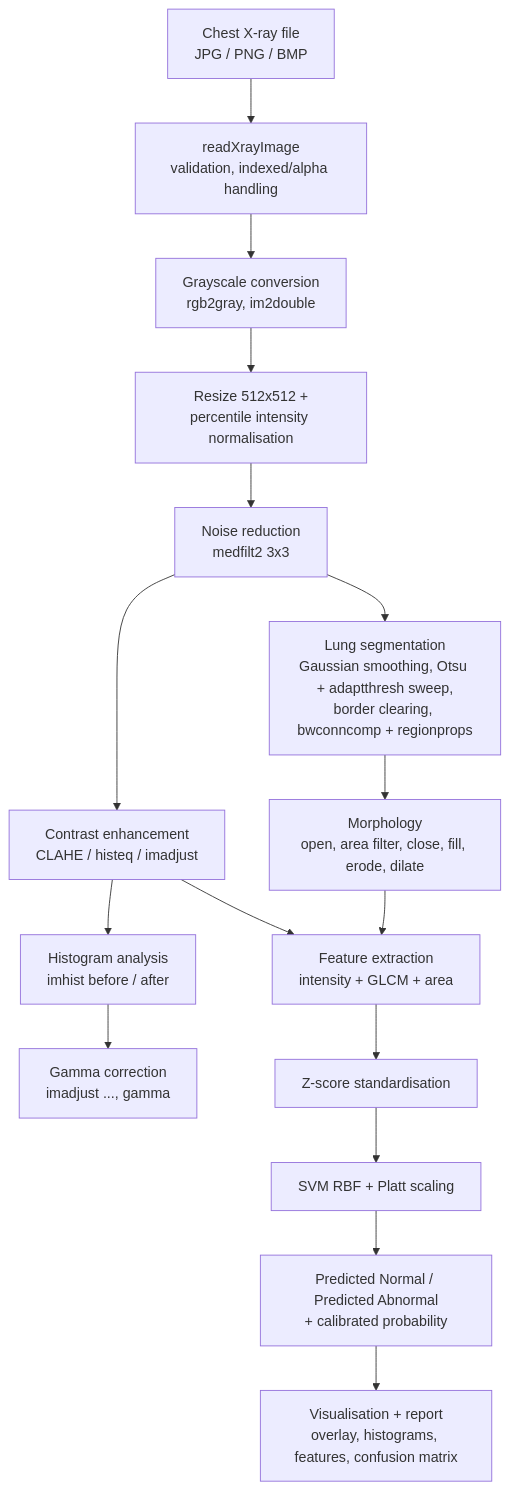
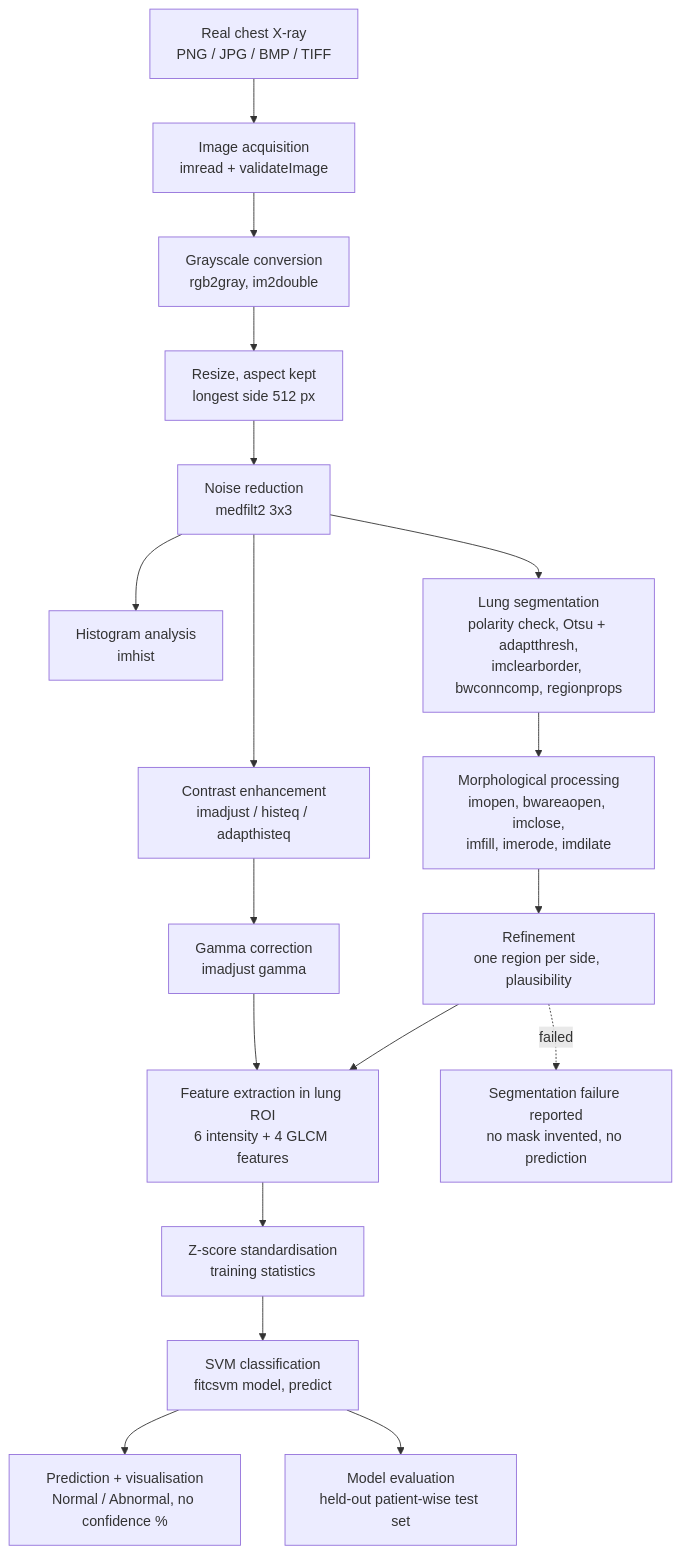
Before and after one commit to Rudra-471/MIP_PROJECT: the diagram in README.md, drawn with Mermaid. The commit also changed other lines of this file and 162 other files, not shown here.

First line of the commit message:
Rebuild as NIH ChestX-ray14 SVM pipeline with dark dashboard GUI

````diff
--- a/README.md
+++ b/README.md
@@ -221,18 +118,20 @@
 ```mermaid
 flowchart TD
-    A[Chest X-ray file<br/>JPG / PNG / BMP] --> B[readXrayImage<br/>validation, indexed/alpha handling]
+    A[Real chest X-ray<br/>PNG / JPG / BMP / TIFF] --> B[Image acquisition<br/>imread + validateImage]
     B --> C[Grayscale conversion<br/>rgb2gray, im2double]
-    C --> D[Resize 512x512 +<br/>percentile intensity normalisation]
+    C --> D[Resize, aspect kept<br/>longest side 512 px]
     D --> E[Noise reduction<br/>medfilt2 3x3]
-    E --> F[Contrast enhancement<br/>CLAHE / histeq / imadjust]
-    F --> G[Histogram analysis<br/>imhist before / after]
-    G --> H[Gamma correction<br/>imadjust ..., gamma]
-    E --> I[Lung segmentation<br/>Gaussian smoothing, Otsu + adaptthresh sweep,<br/>border clearing, bwconncomp + regionprops]
-    I --> J[Morphology<br/>open, area filter, close, fill, erode, dilate]
-    J --> K[Feature extraction<br/>intensity + GLCM + area]
-    F --> K
-    K --> L[Z-score standardisation]
-    L --> M[SVM RBF + Platt scaling]
-    M --> N[Predicted Normal / Predicted Abnormal<br/>+ calibrated probability]
-    N --> O[Visualisation + report<br/>overlay, histograms, features, confusion matrix]
+    E --> F[Histogram analysis<br/>imhist]
+    E --> G[Contrast enhancement<br/>imadjust / histeq / adapthisteq]
+    G --> H[Gamma correction<br/>imadjust gamma]
+    E --> I[Lung segmentation<br/>polarity check, Otsu + adaptthresh,<br/>imclearborder, bwconncomp, regionprops]
+    I --> J[Morphological processing<br/>imopen, bwareaopen, imclose,<br/>imfill, imerode, imdilate]
+    J --> K[Refinement<br/>one region per side, plausibility]
+    H --> L[Feature extraction in lung ROI<br/>6 intensity + 4 GLCM features]
+    K --> L
+    L --> M[Z-score standardisation<br/>training statistics]
+    M --> N[SVM classification<br/>fitcsvm model, predict]
+    N --> O[Prediction + visualisation<br/>Normal / Abnormal, no confidence %]
+    N --> P[Model evaluation<br/>held-out patient-wise test set]
+    K -. failed .-> Q[Segmentation failure reported<br/>no mask invented, no prediction]
 ```
````
